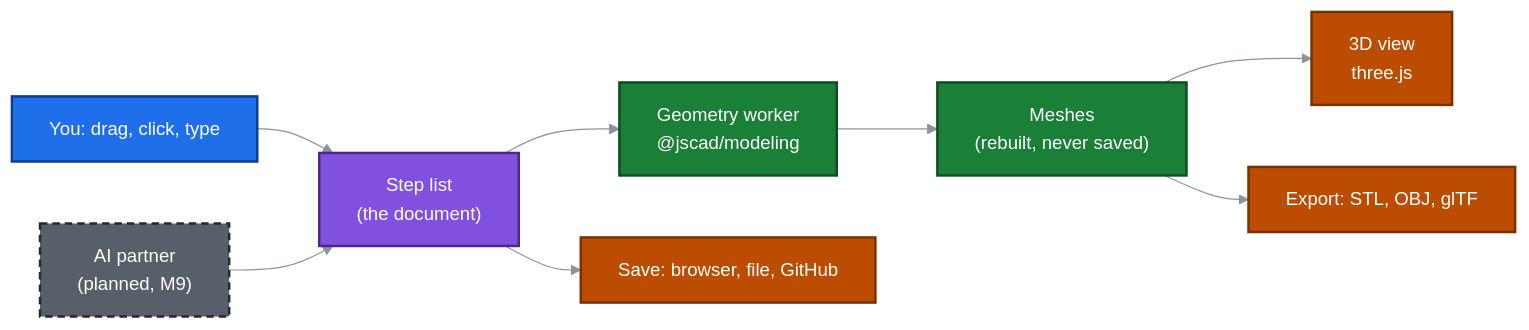
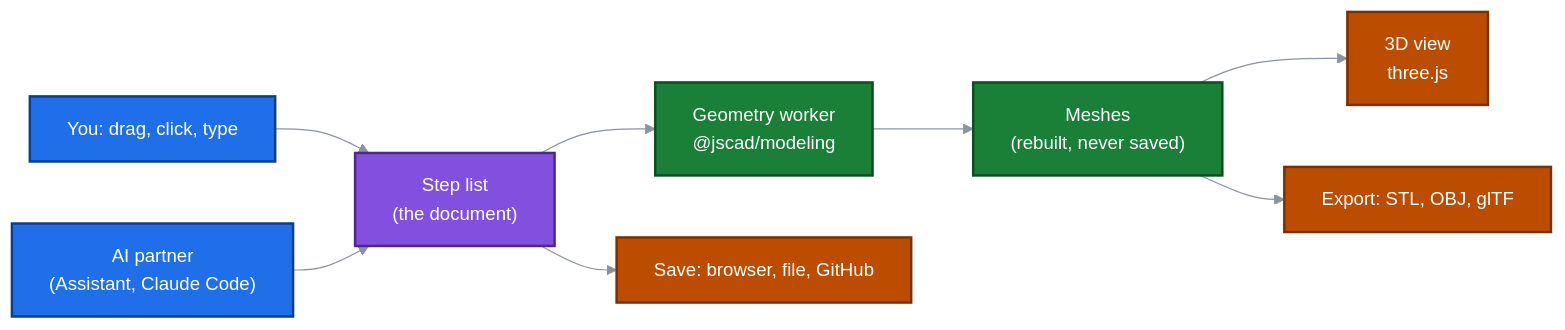
The first of 2 diagrams in README.md (WarpCad/warpcad), drawn with Mermaid before and after one commit. The commit also changed other lines of this file and 9 other files, not shown here.

````diff
--- a/README.md
+++ b/README.md
@@ -127,22 +140,20 @@
 ```mermaid
 %%{init: {'theme': 'base', 'themeVariables': {'lineColor': '#8b949e', 'fontSize': '15px'}}}%%
 flowchart LR
     A["You: drag, click, type"] --> B["Step list<br/>(the document)"]
-    AI["AI partner<br/>(planned, M9)"] --> B
+    AI["AI partner<br/>(Assistant, Claude Code)"] --> B
     B --> C["Geometry worker<br/>@jscad/modeling"]
     C --> D["Meshes<br/>(rebuilt, never saved)"]
     D --> E["3D view<br/>three.js"]
     B --> F["Save: browser, file, GitHub"]
     D --> G["Export: STL, OBJ, glTF"]
 
     classDef input fill:#1f6feb,stroke:#0b3d91,stroke-width:2px,color:#ffffff
     classDef doc fill:#8250df,stroke:#4c2889,stroke-width:2px,color:#ffffff
     classDef work fill:#1a7f37,stroke:#0f4d22,stroke-width:2px,color:#ffffff
     classDef out fill:#bc4c00,stroke:#7a3000,stroke-width:2px,color:#ffffff
-    classDef planned fill:#57606a,stroke:#24292f,stroke-width:2px,stroke-dasharray:6 4,color:#ffffff
-    class A input
-    class AI planned
+    class A,AI input
     class B doc
     class C,D work
     class E,F,G out
 ```
````
